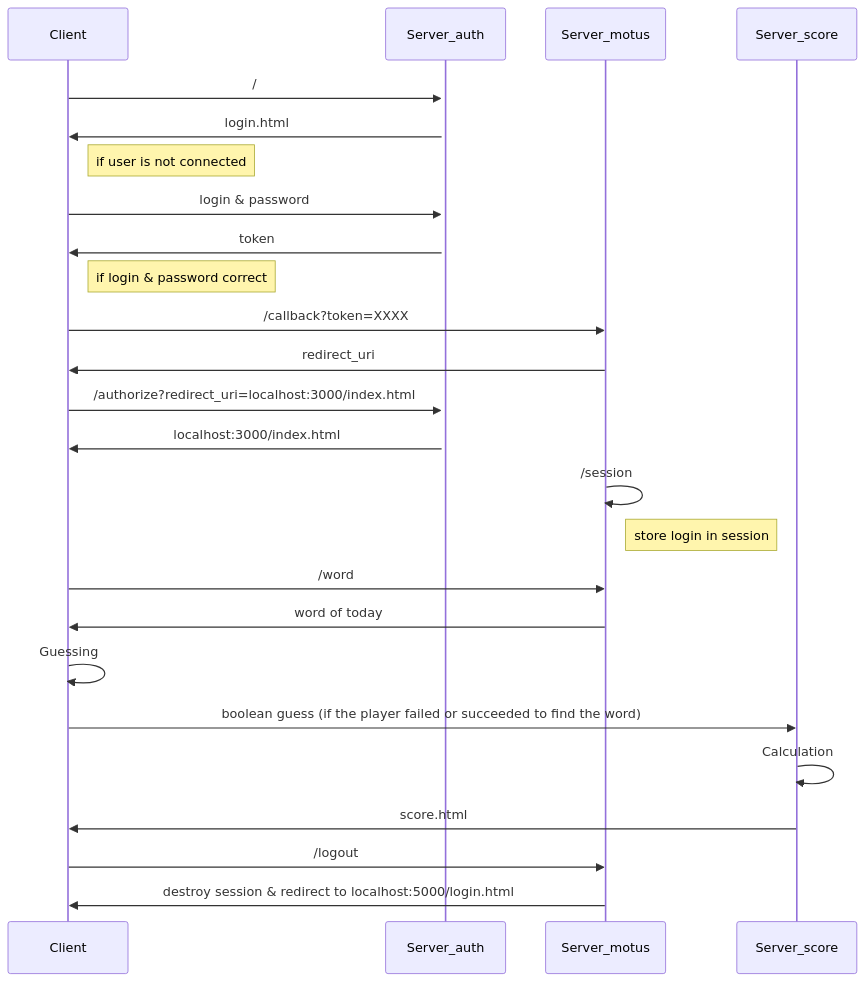
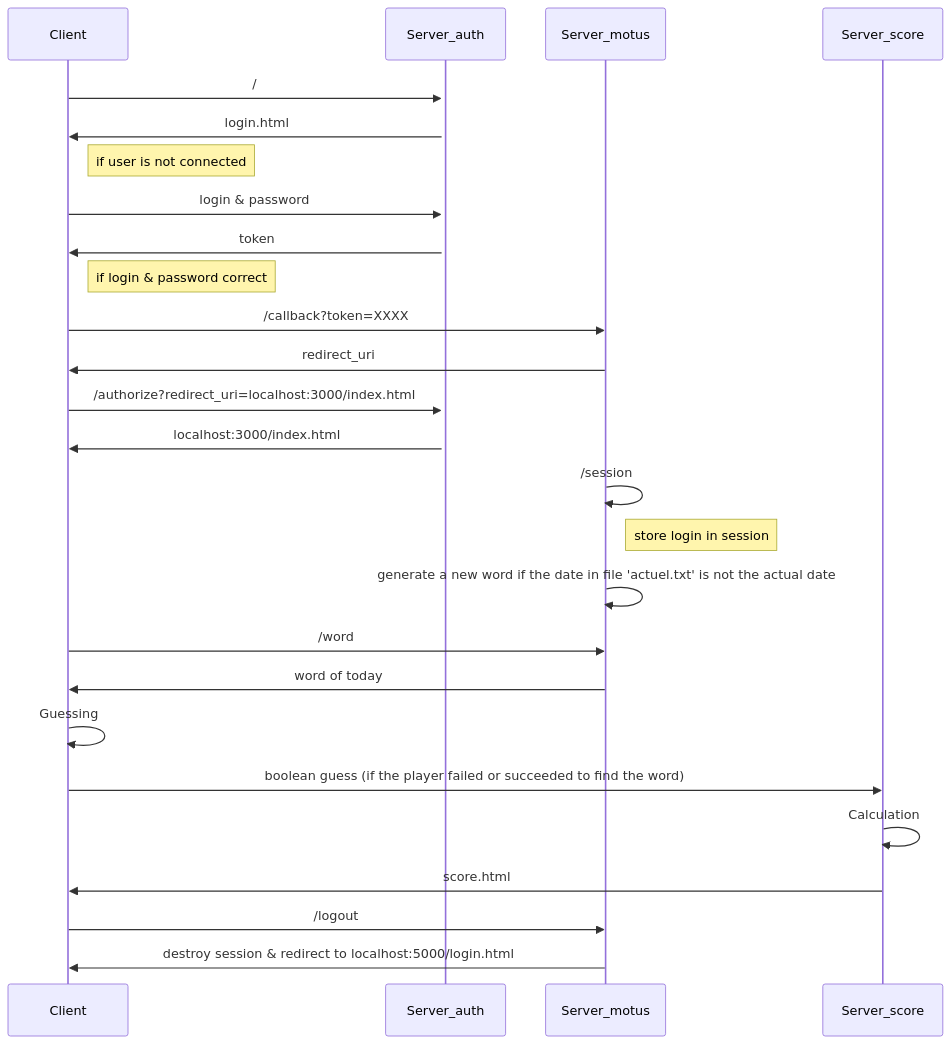
The diagram in README.md (VictoriaWieca/motus_Zaafira_Victoria), drawn with Mermaid before and after one commit.

````diff
--- a/README.md
+++ b/README.md
@@ -28,27 +28,28 @@
 ```mermaid
 sequenceDiagram
     Client->>+Server_auth: /
     Server_auth->>Client: login.html
     note right of Client : if user is not connected
     Client->>Server_auth: login & password
     Server_auth->>Client: token
     note right of Client : if login & password correct
     Client->>Server_motus: /callback?token=XXXX
     Server_motus->>Client: redirect_uri
     Client->>Server_auth: /authorize?redirect_uri=localhost:3000/index.html
     Server_auth->>Client: localhost:3000/index.html
     Server_motus->>Server_motus: /session
     note right of Server_motus: store login in session
+    Server_motus->>Server_motus: generate a new word if the date in file 'actuel.txt' is not the actual date
     Client->>Server_motus: /word
     Server_motus->>Client: word of today
     Client->>Client: Guessing 
     Client->>Server_score: boolean guess (if the player failed or succeeded to find the word)
     Server_score->>Server_score: Calculation
     Server_score->>Client: score.html
     Client->>Server_motus: /logout
     Server_motus->>Client: destroy session & redirect to localhost:5000/login.html
 
 
 
             
 ```
````
